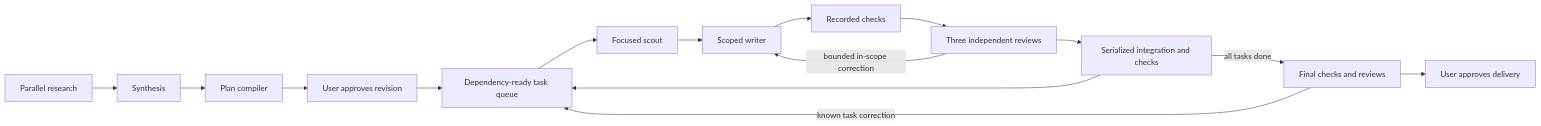
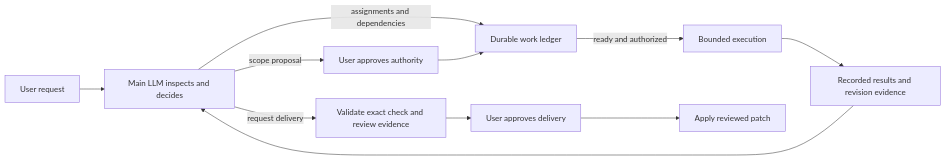
Before and after one commit to Mighty683/ai-setup: the diagram in docs/complex-work.md, drawn with Mermaid. The commit also changed other lines of this file and 18 other files, not shown here.

````diff
--- a/docs/complex-work.md
+++ b/docs/complex-work.md
@@ -49,13 +13,13 @@
 ```mermaid
 flowchart LR
-  R[Parallel research] --> S[Synthesis] --> P[Plan compiler] --> G[User approves revision]
-  G --> Q[Dependency-ready task queue]
-  Q --> C[Focused scout] --> W[Scoped writer] --> T[Recorded checks]
-  T --> V[Three independent reviews]
-  V -->|bounded in-scope correction| W
-  V --> I[Serialized integration and checks]
-  I --> Q
-  I -->|all tasks done| F[Final checks and reviews]
-  F -->|known task correction| Q
-  F --> U[User approves delivery]
+  U[User request] --> M[Main LLM inspects and decides]
+  M -->|scope proposal| A[User approves authority]
+  M -->|assignments and dependencies| Q[Durable work ledger]
+  A --> Q
+  Q -->|ready and authorized| E[Bounded execution]
+  E --> R[Recorded results and revision evidence]
+  R --> M
+  M -->|request delivery| V[Validate exact check and review evidence]
+  V --> G[User approves delivery]
+  G --> D[Apply reviewed patch]
 ```
````
